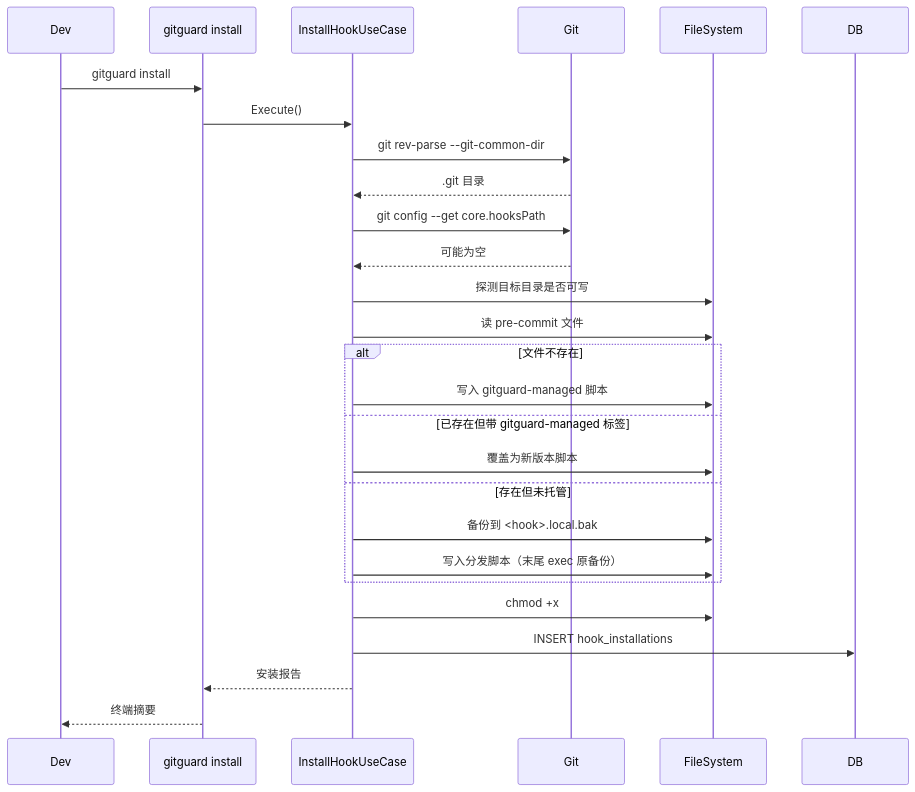
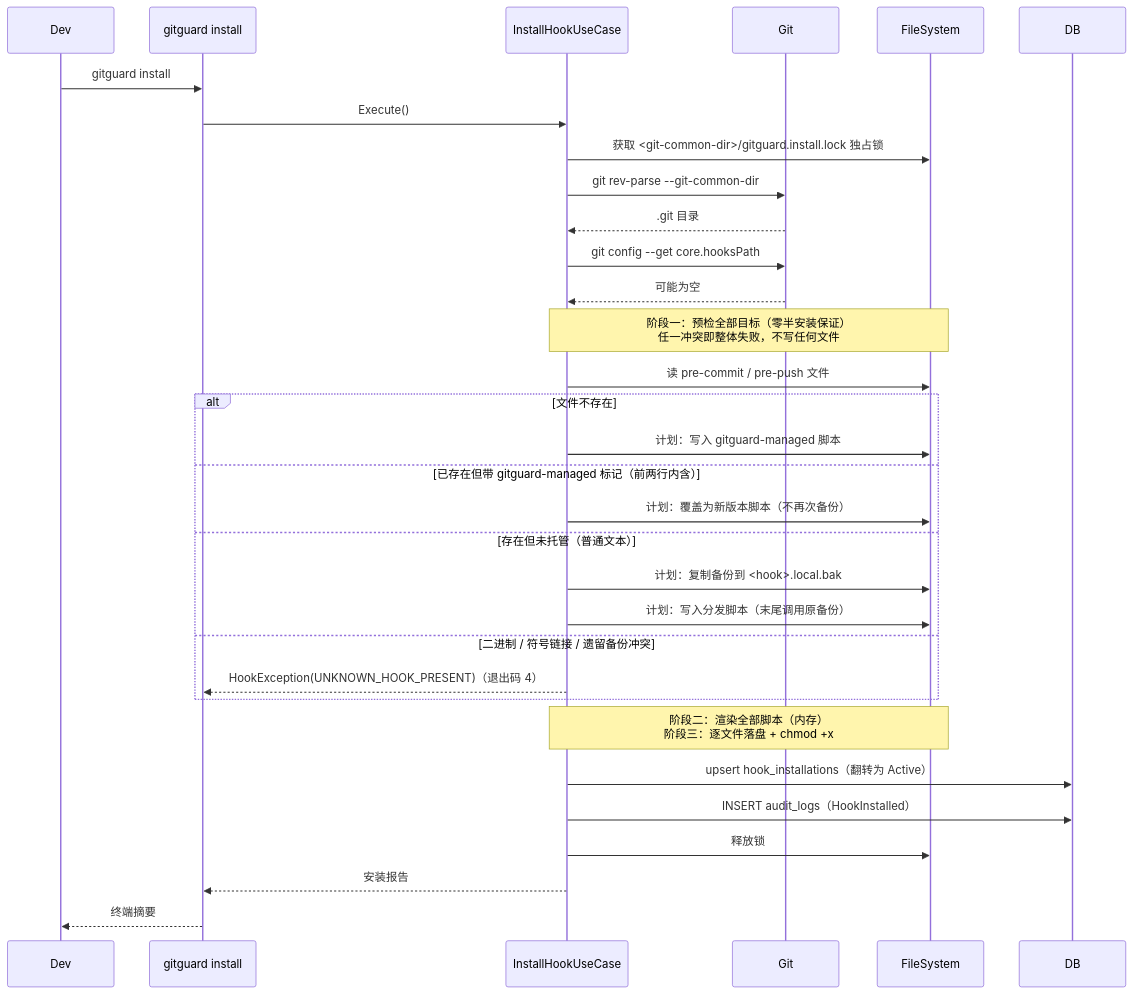
The first of 3 diagrams in docs/模块设计/Hook.md (Camefor/GitGuard), drawn with Mermaid before and after one commit. The commit also changed other lines of this file and 40 other files, not shown here.

````diff
--- a/docs/模块设计/Hook.md
+++ b/docs/模块设计/Hook.md
@@ -59,30 +69,35 @@
 ```mermaid
 sequenceDiagram
     participant Dev
     participant CLI as gitguard install
     participant App as InstallHookUseCase
     participant Git
     participant FS as FileSystem
     participant DB
 
     Dev->>CLI: gitguard install
     CLI->>App: Execute()
+    App->>FS: 获取 <git-common-dir>/gitguard.install.lock 独占锁
     App->>Git: git rev-parse --git-common-dir
     Git-->>App: .git 目录
     App->>Git: git config --get core.hooksPath
     Git-->>App: 可能为空
-    App->>FS: 探测目标目录是否可写
-    App->>FS: 读 pre-commit 文件
+    Note over App,FS: 阶段一：预检全部目标（零半安装保证）<br/>任一冲突即整体失败，不写任何文件
+    App->>FS: 读 pre-commit / pre-push 文件
     alt 文件不存在
-        App->>FS: 写入 gitguard-managed 脚本
-    else 已存在但带 gitguard-managed 标签
-        App->>FS: 覆盖为新版本脚本
-    else 存在但未托管
-        App->>FS: 备份到 <hook>.local.bak
-        App->>FS: 写入分发脚本（末尾 exec 原备份）
+        App->>FS: 计划：写入 gitguard-managed 脚本
+    else 已存在但带 gitguard-managed 标记（前两行内含）
+        App->>FS: 计划：覆盖为新版本脚本（不再次备份）
+    else 存在但未托管（普通文本）
+        App->>FS: 计划：复制备份到 <hook>.local.bak
+        App->>FS: 计划：写入分发脚本（末尾调用原备份）
+    else 二进制 / 符号链接 / 遗留备份冲突
+        App-->>CLI: HookException(UNKNOWN_HOOK_PRESENT)（退出码 4）
     end
-    App->>FS: chmod +x
-    App->>DB: INSERT hook_installations
+    Note over App,FS: 阶段二：渲染全部脚本（内存）<br/>阶段三：逐文件落盘 + chmod +x
+    App->>DB: upsert hook_installations（翻转为 Active）
+    App->>DB: INSERT audit_logs（HookInstalled）
+    App->>FS: 释放锁
     App-->>CLI: 安装报告
     CLI-->>Dev: 终端摘要
 ```
````
